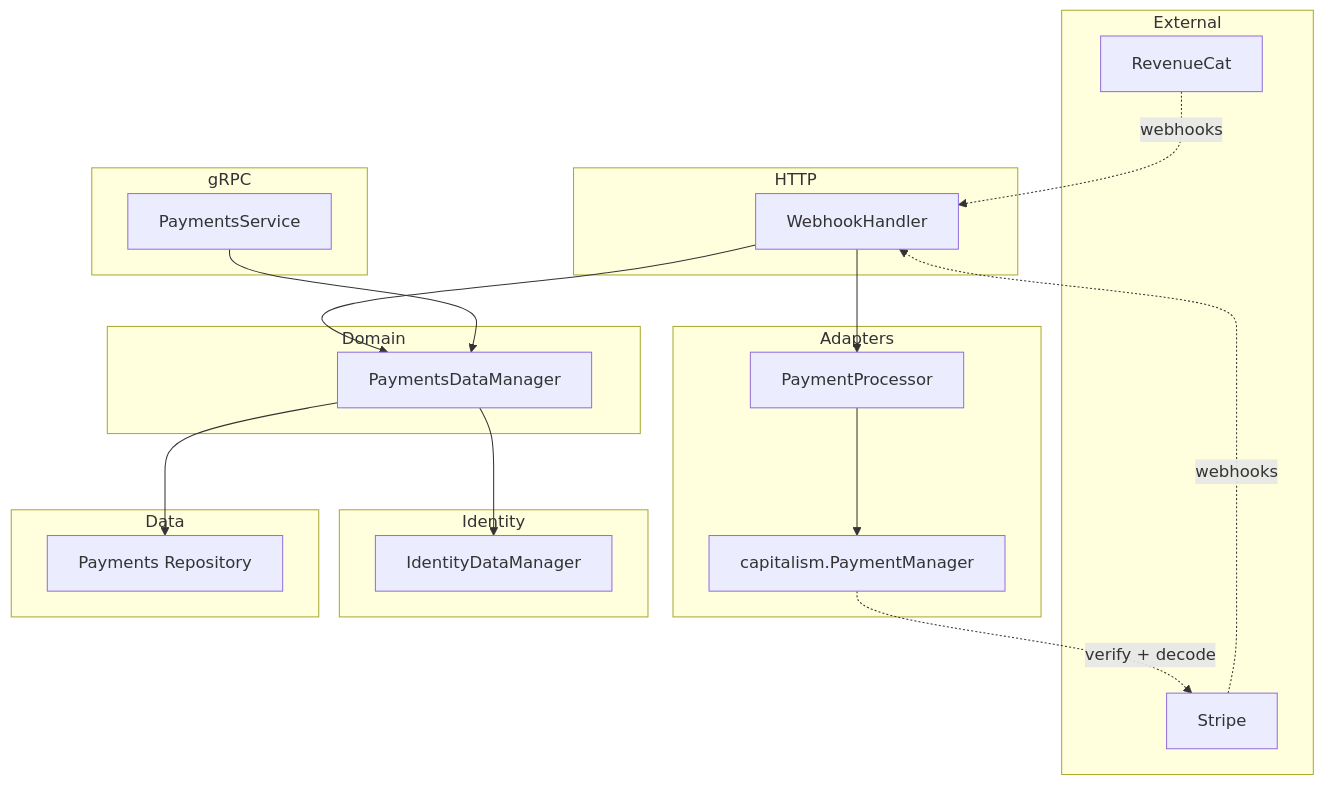
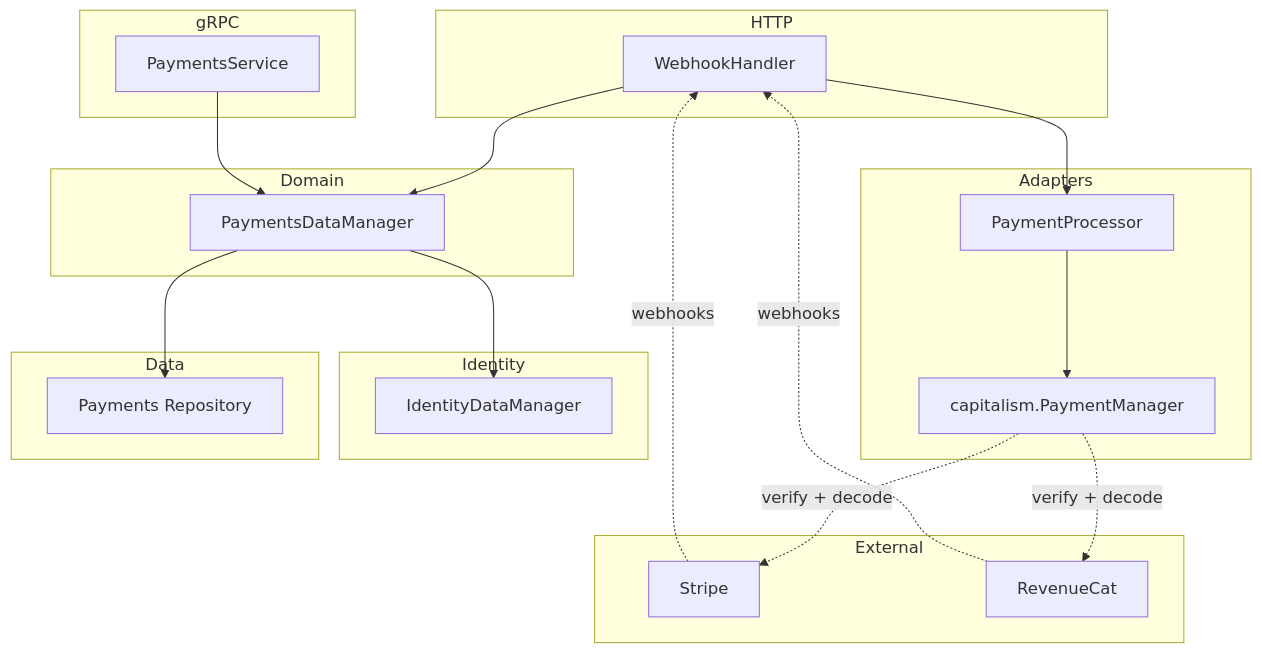
Before and after one commit to primandproper/dinnerdonebetter: the diagram in backend/docs/payments.md, drawn with Mermaid. The commit also changed other lines of this file and 17 other files, not shown here.

````diff
--- a/backend/docs/payments.md
+++ b/backend/docs/payments.md
@@ -20,42 +20,43 @@
 ```mermaid
 flowchart TB
     subgraph HTTP
         WH[WebhookHandler]
     end
     
     subgraph gRPC
         PS[PaymentsService]
     end
     
     subgraph Domain
         PM[PaymentsDataManager]
     end
 
     subgraph Adapters
         PP[PaymentProcessor]
         CAP[capitalism.PaymentManager]
     end
 
     subgraph External
         Stripe[Stripe]
         RC[RevenueCat]
     end
     
     subgraph Identity
         IM[IdentityDataManager]
     end
     
     subgraph Data
         PR[Payments Repository]
     end
     
     WH --> PP
     WH --> PM
     PS --> PM
     PM --> PR
     PM --> IM
     PP --> CAP
     Stripe -.webhooks.-> WH
     RC -.webhooks.-> WH
     CAP -.verify + decode.-> Stripe
+    CAP -.verify + decode.-> RC
 ```
````
